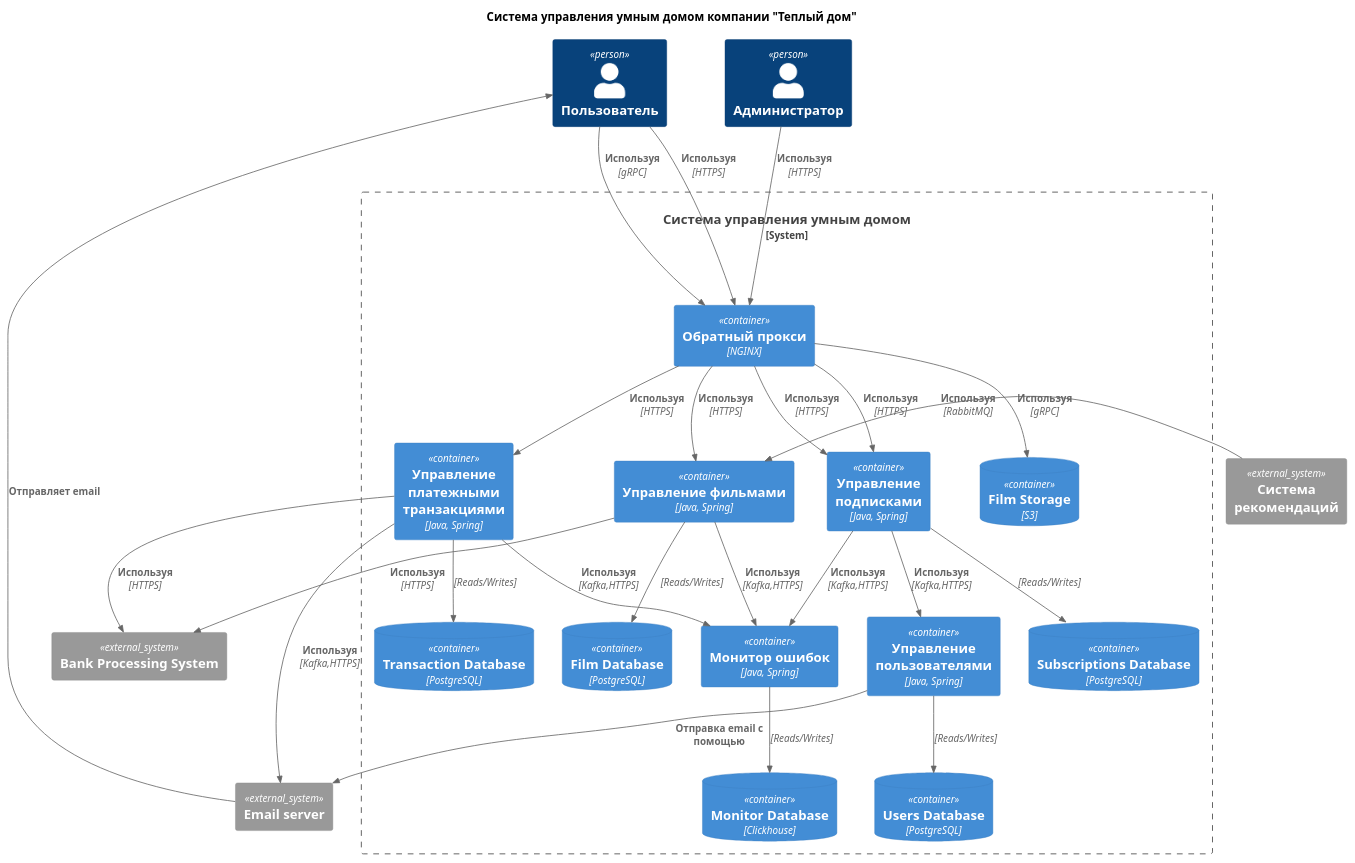
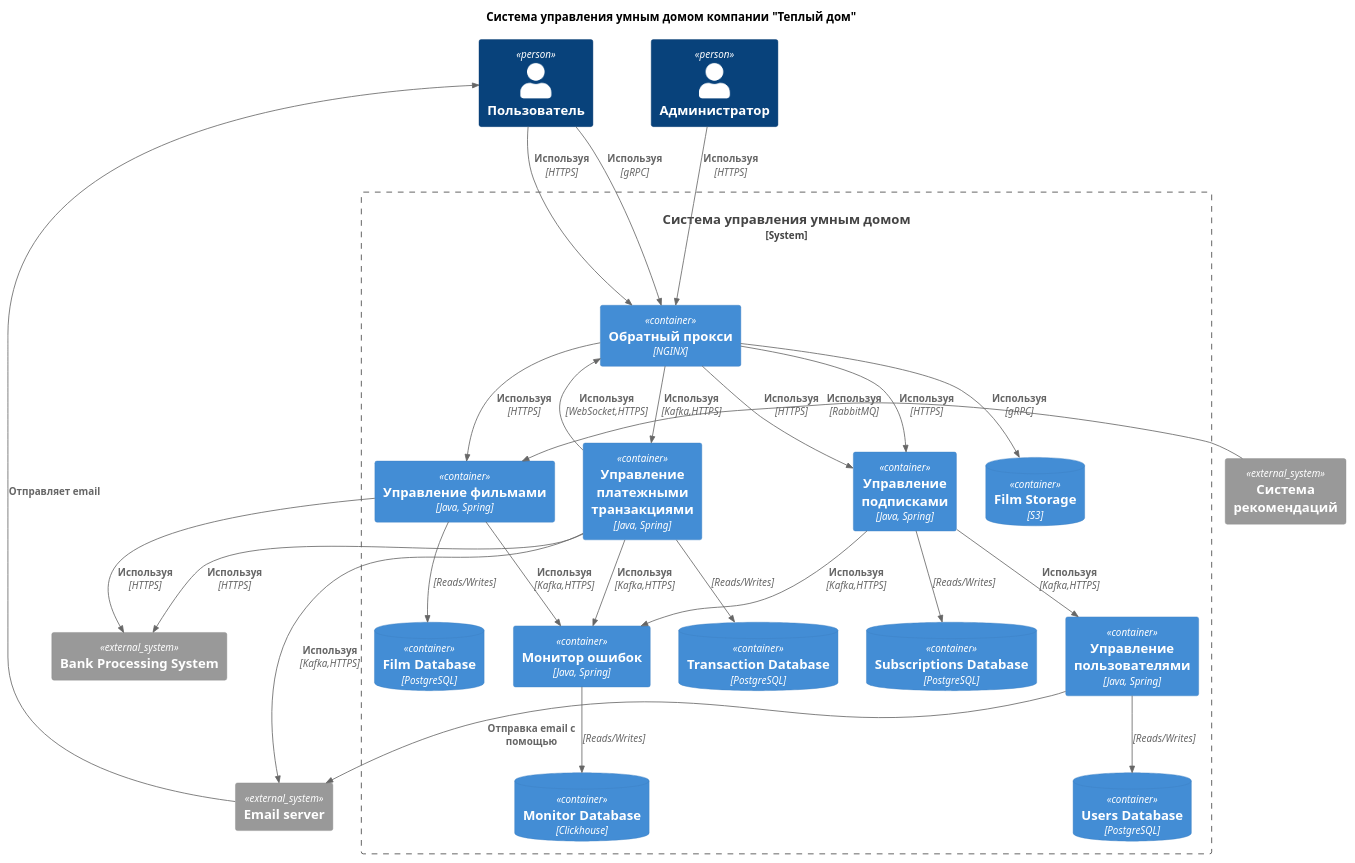
One commit to Shershukov/architecture-cinemaabyss changed the diagram in diagrams/C4_Container_Cinema.puml. Above: the diagram before and after it, drawn with PlantUML. The commit also changed 11 other files, not shown here.

```diff
--- a/diagrams/C4_Container_Cinema.puml
+++ b/diagrams/C4_Container_Cinema.puml
@@ -1,58 +1,59 @@
 @startuml C4_Context_Warmhouse
 !include samples/C4.puml
 !include samples/C4_Context.puml
 !include samples/C4_Component.puml
 
 title "Система управления умным домом компании "Теплый дом""
 
 Person(user, "Пользователь")
 Person(administrator, "Администратор")
 System_Boundary(c1, "Система управления умным домом") {
  Container(api_gateway, "Обратный прокси", "NGINX")
  Container(user_management, "Управление пользователями", "Java, Spring")
  Container(subscription_management, "Управление подписками", "Java, Spring")
  ContainerDb(user_database, "Users Database", "PostgreSQL")
  ContainerDb(subscription_database, "Subscriptions Database", "PostgreSQL")
  Container(transaction_management, "Управление платежными транзакциями", "Java, Spring")
  ContainerDb(transaction_database, "Transaction Database", "PostgreSQL")
  Container(film_management, "Управление фильмами", "Java, Spring")
  ContainerDb(film_database, "Film Database", "PostgreSQL")
  ContainerDb(s3_video_storage, "Film Storage", "S3")
 
  Container(error_monitor, "Монитор ошибок", "Java, Spring")
  ContainerDb(error_monitor_database, "Monitor Database", "Clickhouse")
 }
 System_Ext(email, "Email server")
 System_Ext(recommendation_system, "Система рекомендаций")
 System_Ext(processing, "Bank Processing System")
 
 Rel_D(user, api_gateway, "Используя", "HTTPS")
 Rel_D(user, api_gateway, "Используя", "gRPC")
 Rel_D(api_gateway, subscription_management, "Используя", "HTTPS")
 Rel_D(api_gateway, subscription_management, "Используя", "HTTPS")
-Rel_D(api_gateway, transaction_management, "Используя", "HTTPS")
+Rel_D(api_gateway, transaction_management, "Используя", "Kafka,HTTPS")
+Rel_D(transaction_management, api_gateway, "Используя", "WebSocket,HTTPS")
 Rel_D(api_gateway, film_management, "Используя", "HTTPS")
 Rel_D(api_gateway, s3_video_storage, "Используя", "gRPC")
 
 Rel(subscription_management, error_monitor, "Используя", "Kafka,HTTPS")
 Rel(transaction_management, error_monitor, "Используя", "Kafka,HTTPS")
 Rel(film_management, error_monitor, "Используя", "Kafka,HTTPS")
 
 Rel_D(administrator, api_gateway, "Используя", "HTTPS")
 
 Rel_D(user_management, user_database, "", "Reads/Writes")
 Rel_D(subscription_management, subscription_database, "", "Reads/Writes")
 Rel_D(transaction_management, transaction_database, "", "Reads/Writes")
 Rel_D(film_management, film_database, "", "Reads/Writes")
 Rel_D(error_monitor, error_monitor_database, "", "Reads/Writes")
 
 Rel_L(recommendation_system, film_management, "Используя", "RabbitMQ")
 
 Rel_D(transaction_management, processing, "Используя", "HTTPS")
 Rel_D(film_management, processing, "Используя", "HTTPS")
 
 Rel_U(email, user, "Отправляет email")
 Rel_D(user_management, email, "Отправка email с помощью")
 Rel_D(subscription_management, user_management, "Используя", "Kafka,HTTPS")
 Rel_D(transaction_management, email, "Используя", "Kafka,HTTPS")
 @enduml
```
